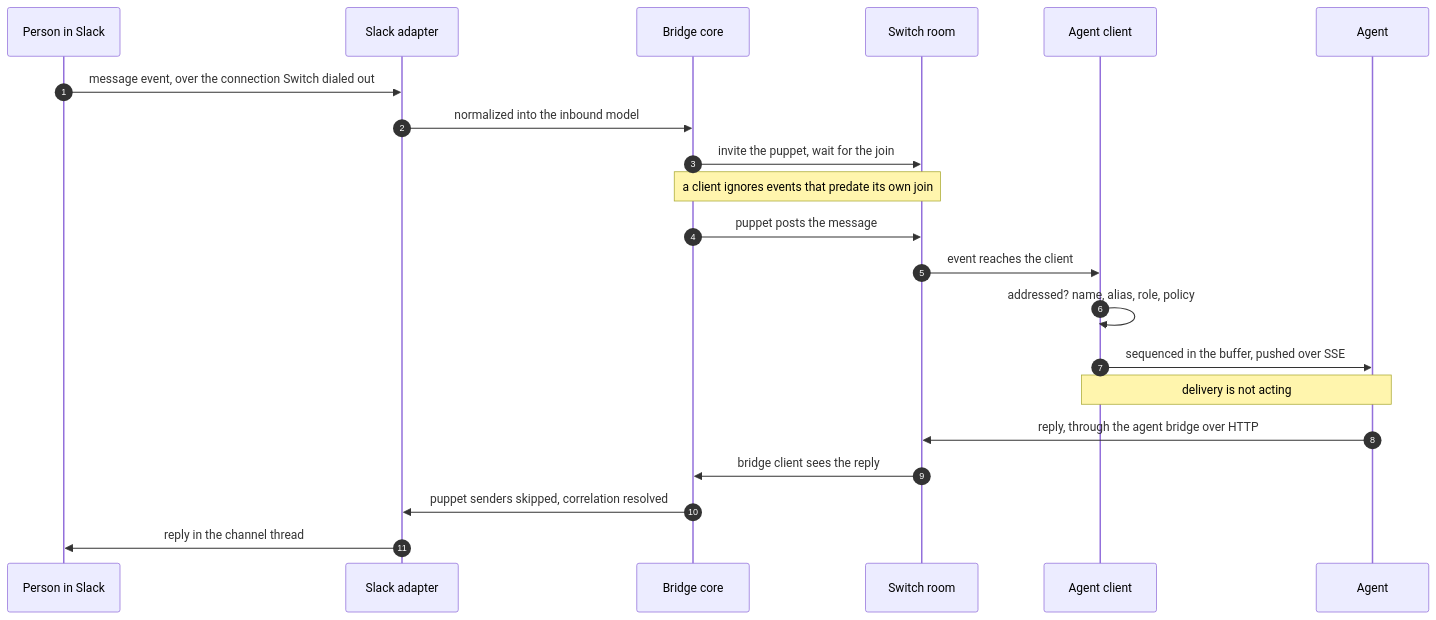
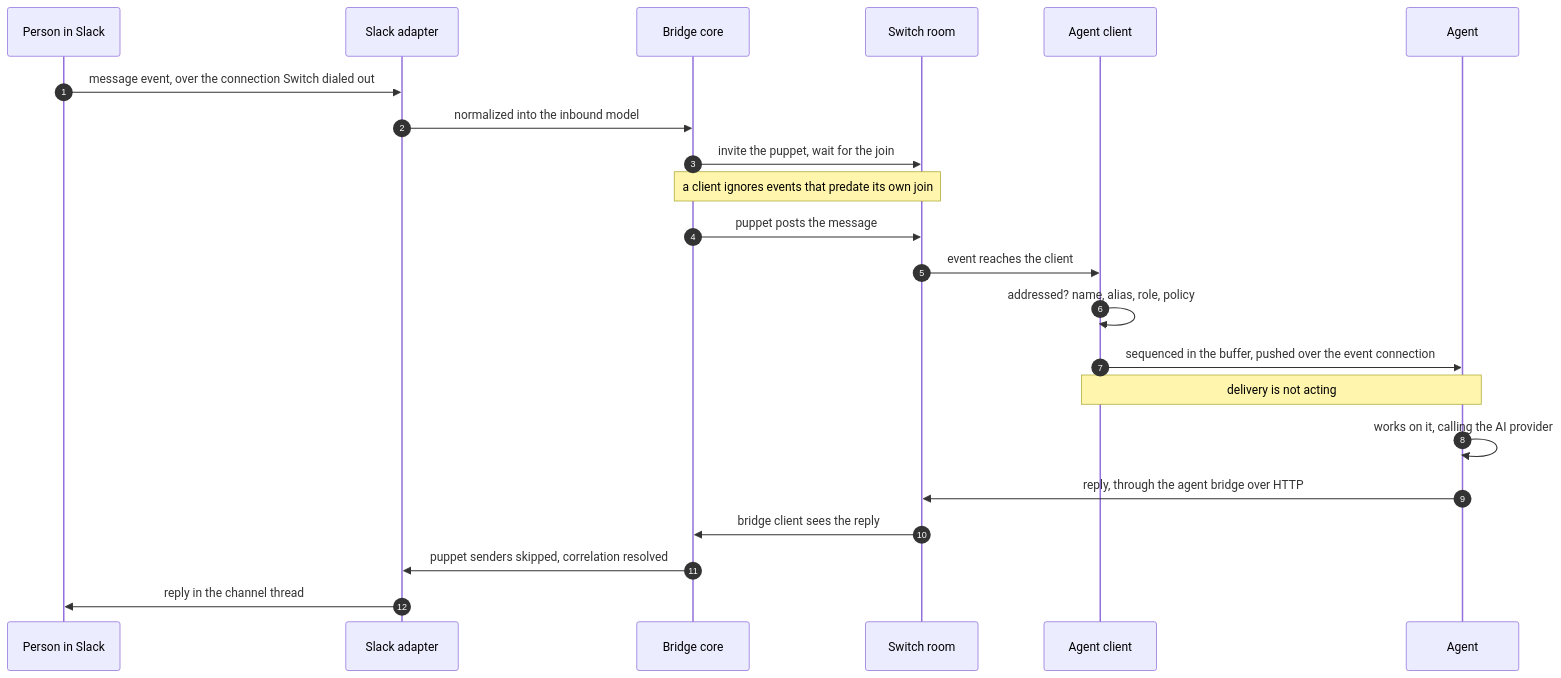
The diagram in docs/official/internals/life-of-a-message.md (sandbox-quantum/switch), drawn with Mermaid before and after one commit. The commit also changed other lines of this file and 73 other files, not shown here.

````diff
--- a/docs/official/internals/life-of-a-message.md
+++ b/docs/official/internals/life-of-a-message.md
@@ -11,24 +11,25 @@
 ```mermaid
 %%{init: {'themeVariables': {'fontSize': '13px'}}}%%
 sequenceDiagram
   autonumber
   participant P as Person in Slack
   participant SA as Slack adapter
   participant BC as Bridge core
   participant RM as Switch room
   participant AC as Agent client
   participant AG as Agent
   P->>SA: message event, over the connection Switch dialed out
   SA->>BC: normalized into the inbound model
   BC->>RM: invite the puppet, wait for the join
   Note over BC,RM: a client ignores events that predate its own join
   BC->>RM: puppet posts the message
   RM->>AC: event reaches the client
   AC->>AC: addressed? name, alias, role, policy
-  AC->>AG: sequenced in the buffer, pushed over SSE
+  AC->>AG: sequenced in the buffer, pushed over the event connection
   Note over AC,AG: delivery is not acting
+  AG->>AG: works on it, calling the AI provider
   AG->>RM: reply, through the agent bridge over HTTP
   RM->>BC: bridge client sees the reply
   BC->>SA: puppet senders skipped, correlation resolved
   SA->>P: reply in the channel thread
 ```
````
